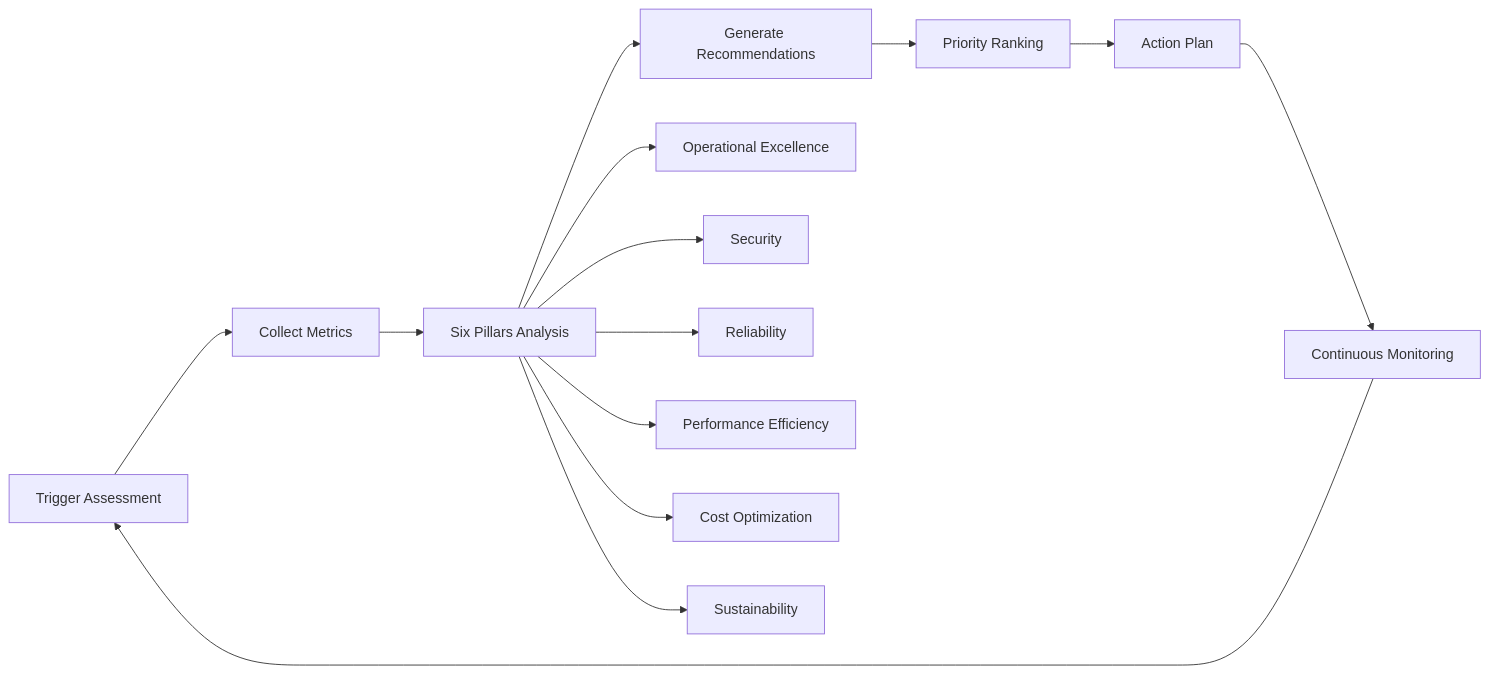
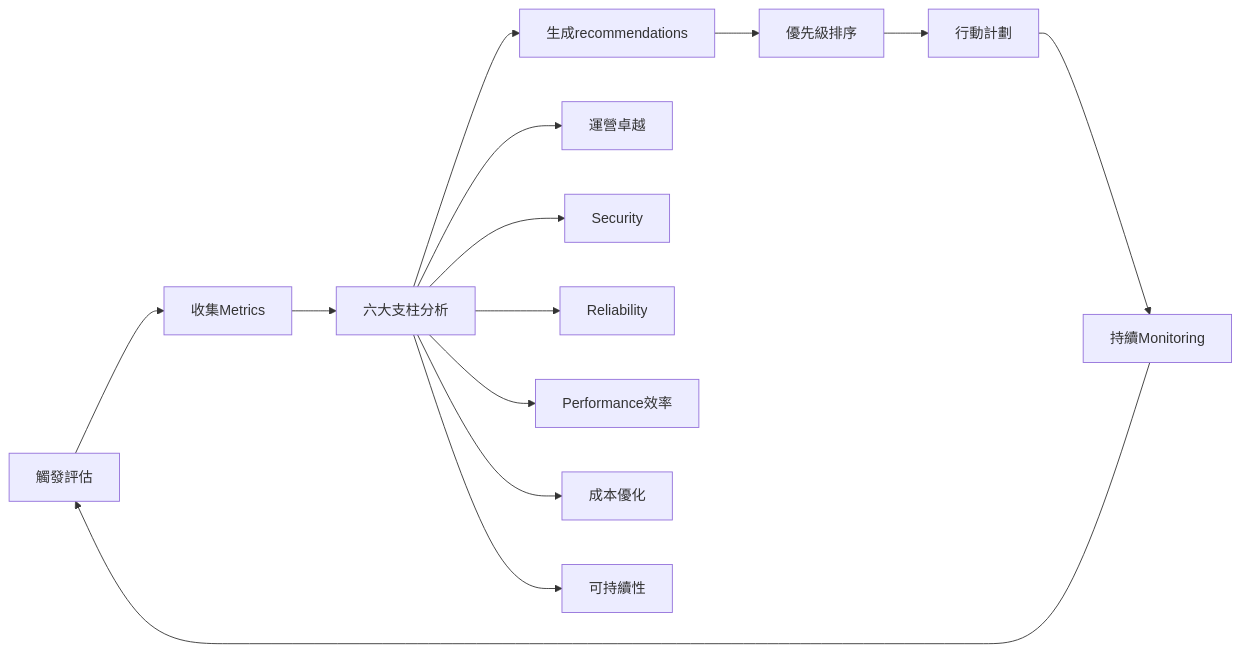
One commit to humank/genai-demo changed the second of 2 diagrams in docs/en/architecture/mcp-integration-importance.md. Above: the diagram before and after it, drawn with Mermaid. The commit also changed other lines of this file and 583 other files, not shown here.

````diff
--- a/docs/en/architecture/mcp-integration-importance.md
+++ b/docs/en/architecture/mcp-integration-importance.md
@@ -124,17 +125,17 @@
 ```mermaid
 flowchart LR
-    A[Trigger Assessment] --> B[Collect Metrics]
-    B --> C[Six Pillars Analysis]
-    C --> D[Generate Recommendations]
-    D --> E[Priority Ranking]
-    E --> F[Action Plan]
-    F --> G[Continuous Monitoring]
+    A[觸發評估] --> B[收集Metrics]
+    B --> C[六大支柱分析]
+    C --> D[生成recommendations]
+    D --> E[優先級排序]
+    E --> F[行動計劃]
+    F --> G[持續Monitoring]
     G --> A
     
-    C --> C1[Operational Excellence]
+    C --> C1[運營卓越]
     C --> C2[Security]
     C --> C3[Reliability]
-    C --> C4[Performance Efficiency]
-    C --> C5[Cost Optimization]
-    C --> C6[Sustainability]
+    C --> C4[Performance效率]
+    C --> C5[成本優化]
+    C --> C6[可持續性]
 ```
````
